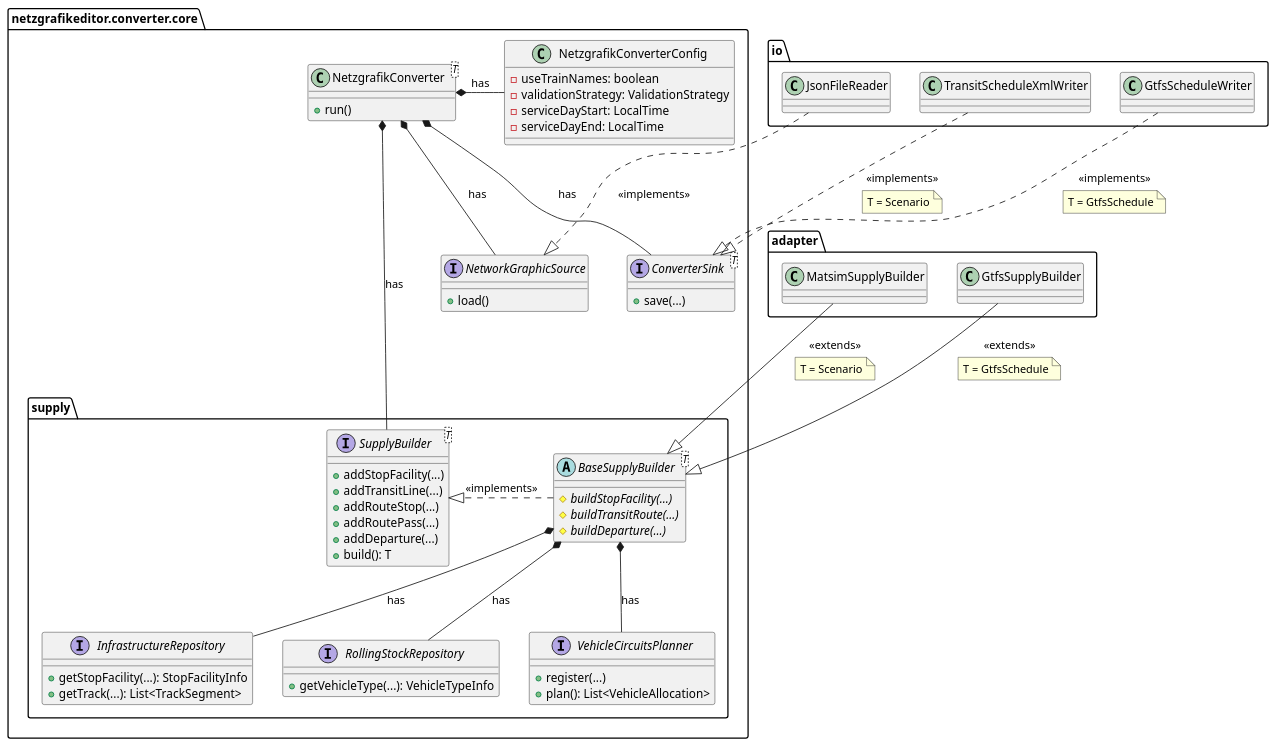
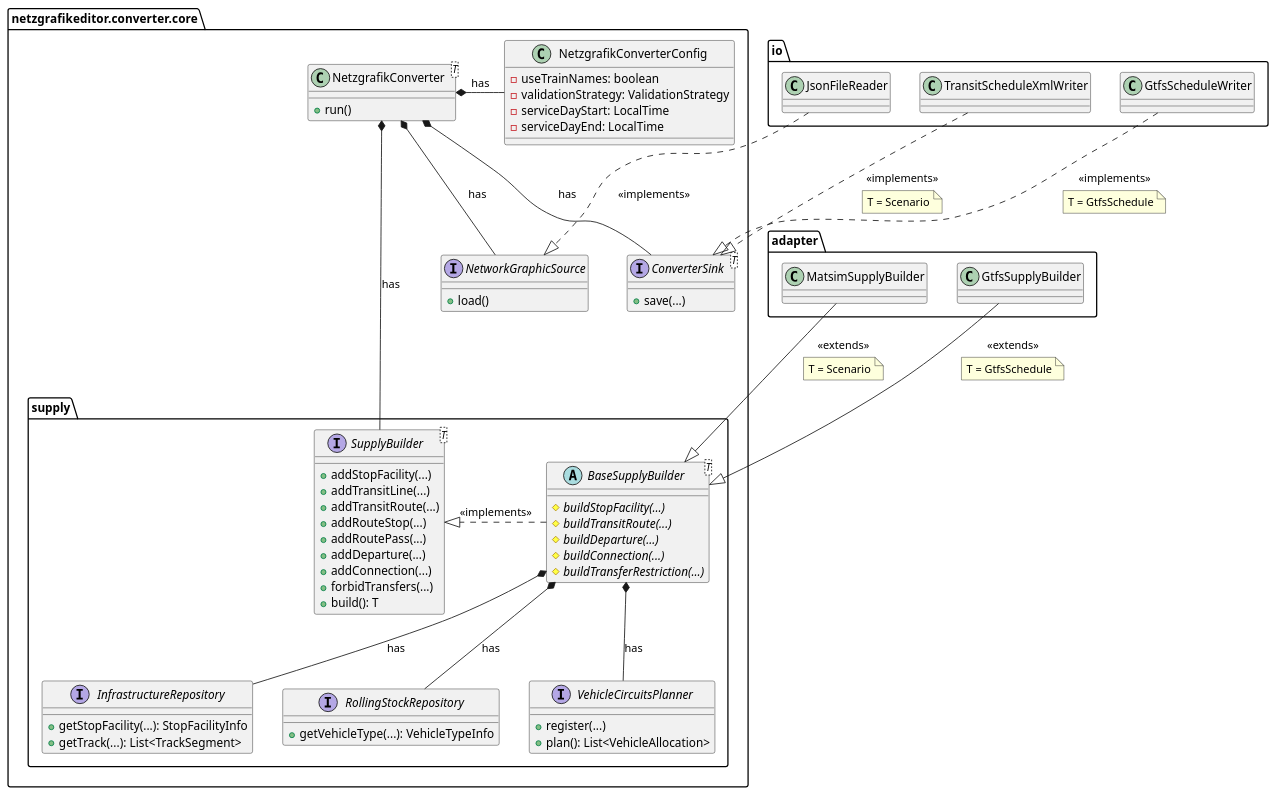
Before and after one commit to SchweizerischeBundesbahnen/netzgrafik-editor-converter: the diagram in docs/uml/lib-class-diagram.md, drawn with PlantUML. The commit also changed 43 other files, not shown here.

```diff
--- a/docs/uml/lib-class-diagram.md
+++ b/docs/uml/lib-class-diagram.md
@@ -29,9 +29,12 @@
         interface SupplyBuilder<T> {
             +addStopFacility(...)
             +addTransitLine(...)
+            +addTransitRoute(...)
             +addRouteStop(...)
             +addRoutePass(...)
             +addDeparture(...)
+            +addConnection(...)
+            +forbidTransfers(...)
             +build(): T
         }
 
@@ -39,6 +42,8 @@
             #{abstract}buildStopFacility(...)
             #{abstract}buildTransitRoute(...)
             #{abstract}buildDeparture(...)
+            #{abstract}buildConnection(...)
+            #{abstract}buildTransferRestriction(...)
         }
 
         interface InfrastructureRepository {
```
